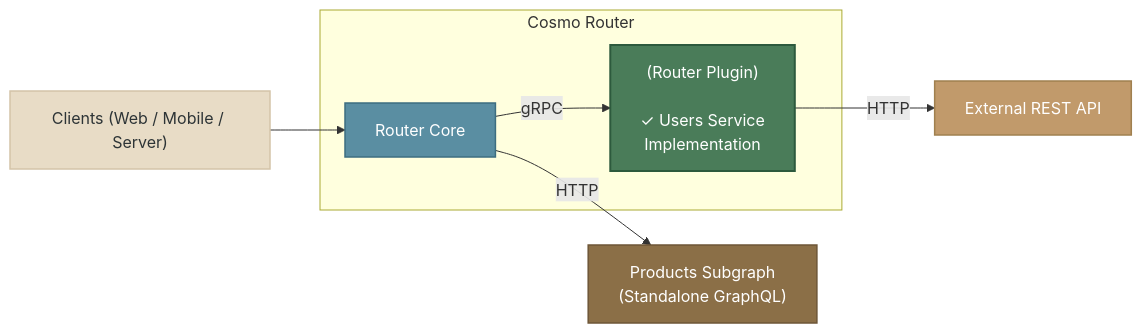
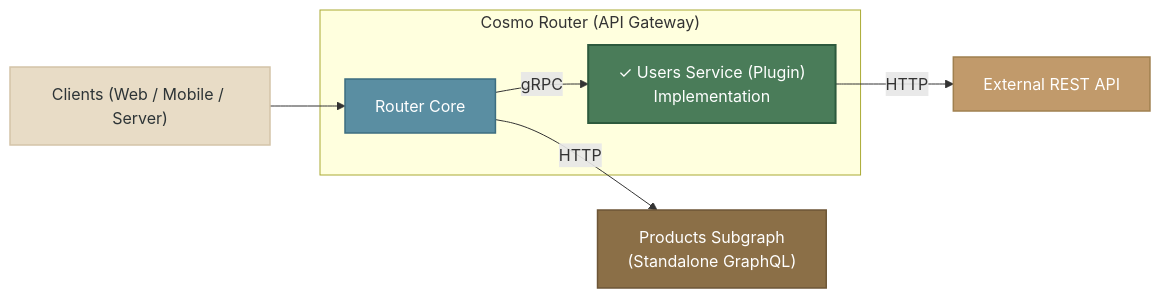
One commit to wundergraph/cosmo-plugin-demo changed the diagram in README.md. Above: the diagram before and after it, drawn with Mermaid.

Commit message:
chore: improve diagram

````diff
--- a/README.md
+++ b/README.md
@@ -29,26 +29,26 @@
 ```mermaid
 graph LR
   client["Clients (Web / Mobile / Server)"] --> routerCore["Router Core"]
 
-      subgraph routerBox["Cosmo Router"]
+      subgraph routerBox["Cosmo Router (API Gateway)"]
       routerCore
-      plugin["(Router Plugin)<br/><br/>✓ Users Service<br/>Implementation"]
+      plugin["✓ Users Service (Plugin)<br/>Implementation"]
       routerCore -->|gRPC| plugin
     end
 
   routerCore -->|HTTP| subA["Products Subgraph<br/>(Standalone GraphQL)"]
 
   plugin -->|HTTP| restA["External REST API"]
 
   %% Styling
   classDef pluginFill fill:#4a7c59,stroke:#2d5a3d,stroke-width:2px,color:#ffffff;
   classDef restFill fill:#c19a6b,stroke:#a0804f,stroke-width:1.5px,color:#ffffff;
   classDef routerFill fill:#5a8ea2,stroke:#3d6e80,stroke-width:1.5px,color:#ffffff;
   classDef subgraphFill fill:#8b6f47,stroke:#6d5637,stroke-width:1.5px,color:#ffffff;
   classDef clientFill fill:#e8dcc6,stroke:#d4c4a8,stroke-width:1.5px,color:#2d3436;
   class plugin pluginFill;
   class restA restFill;
   class routerCore routerFill;
   class subA subgraphFill;
   class client clientFill;
 ```
````
